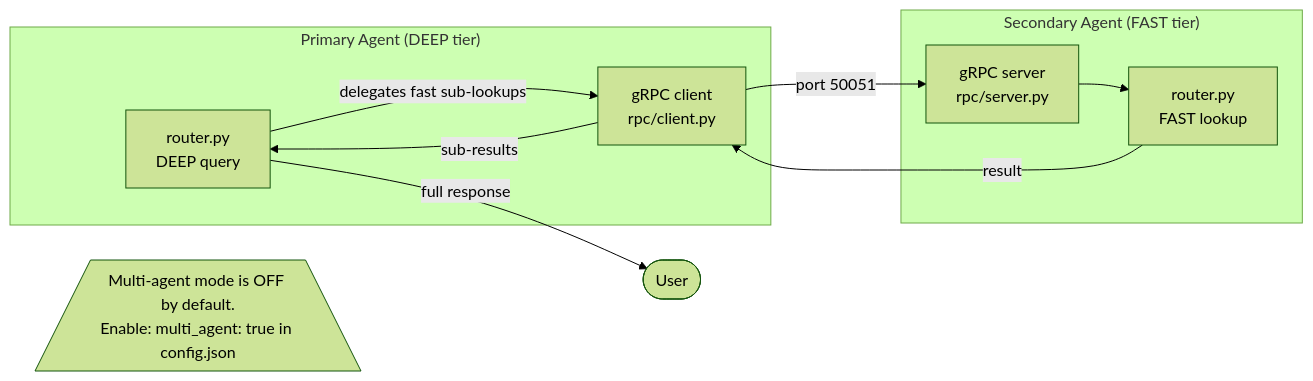
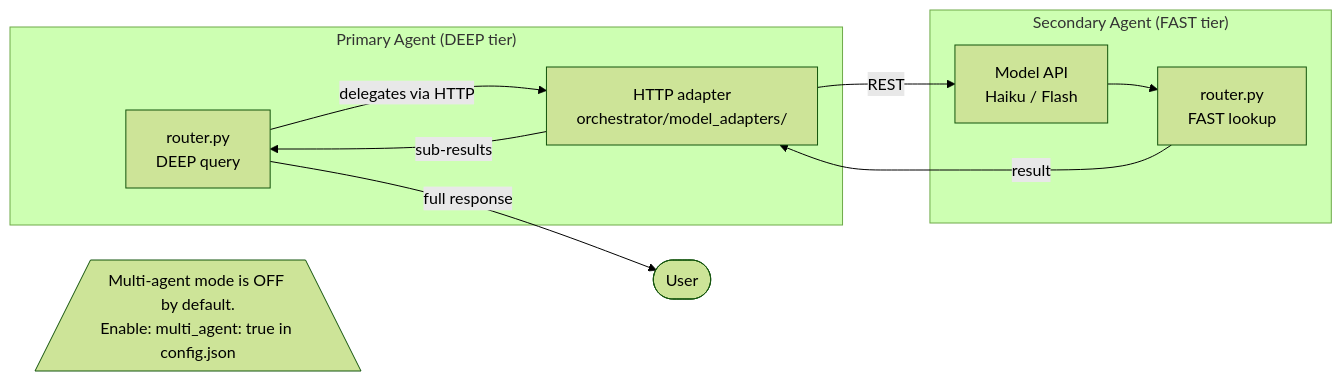
The diagram in docs/architecture/diagrams/multi-agent.mmd (ashlesh-t/cognirepo), drawn with Mermaid (forest theme) before and after one commit. The commit also changed 43 other files, not shown here.

```diff
--- a/docs/architecture/diagrams/multi-agent.mmd
+++ b/docs/architecture/diagrams/multi-agent.mmd
@@ -1,18 +1,18 @@
 graph LR
     subgraph Primary["Primary Agent (DEEP tier)"]
         PA[router.py<br/>DEEP query]
-        PA -->|delegates fast sub-lookups| GRPC_C[gRPC client<br/>rpc/client.py]
+        PA -->|delegates via HTTP| HTTP_C[HTTP adapter<br/>orchestrator/model_adapters/]
     end
 
     subgraph Secondary["Secondary Agent (FAST tier)"]
-        GRPC_S[gRPC server<br/>rpc/server.py]
+        HTTP_S[Model API<br/>Haiku / Flash]
         SA[router.py<br/>FAST lookup]
-        GRPC_S --> SA
     end
 
-    GRPC_C -->|port 50051| GRPC_S
-    SA -->|result| GRPC_C
-    GRPC_C -->|sub-results| PA
+    HTTP_C -->|REST| HTTP_S
+    HTTP_S --> SA
+    SA -->|result| HTTP_C
+    HTTP_C -->|sub-results| PA
     PA -->|full response| User([User])
 
     note1[/"Multi-agent mode is OFF by default.<br/>Enable: multi_agent: true in config.json"\]
```
